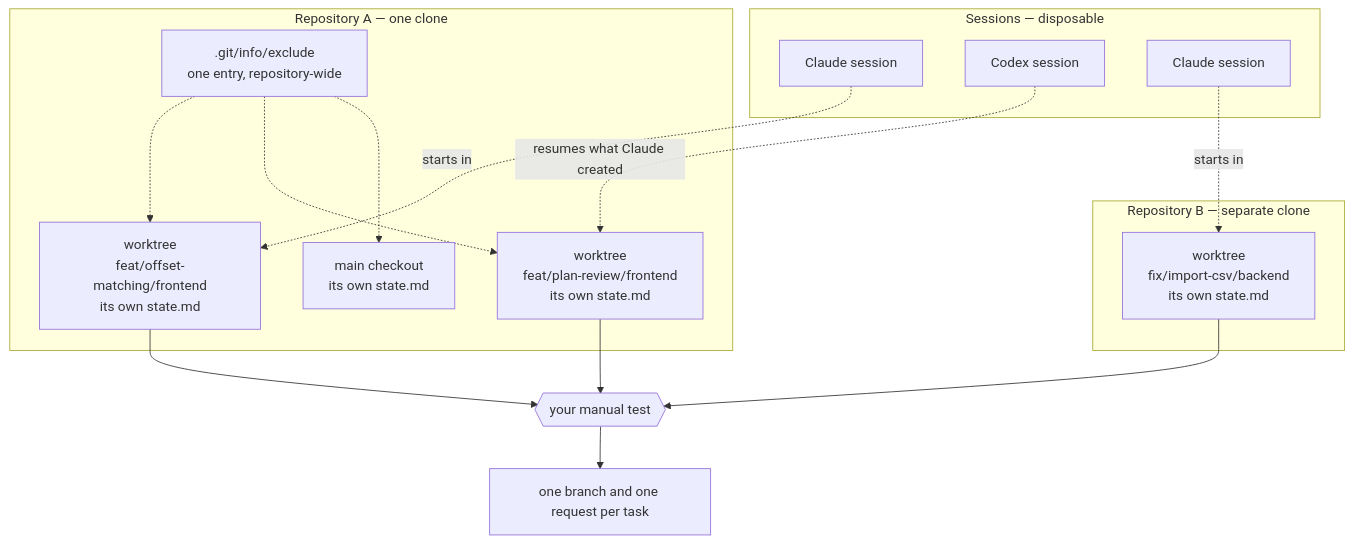
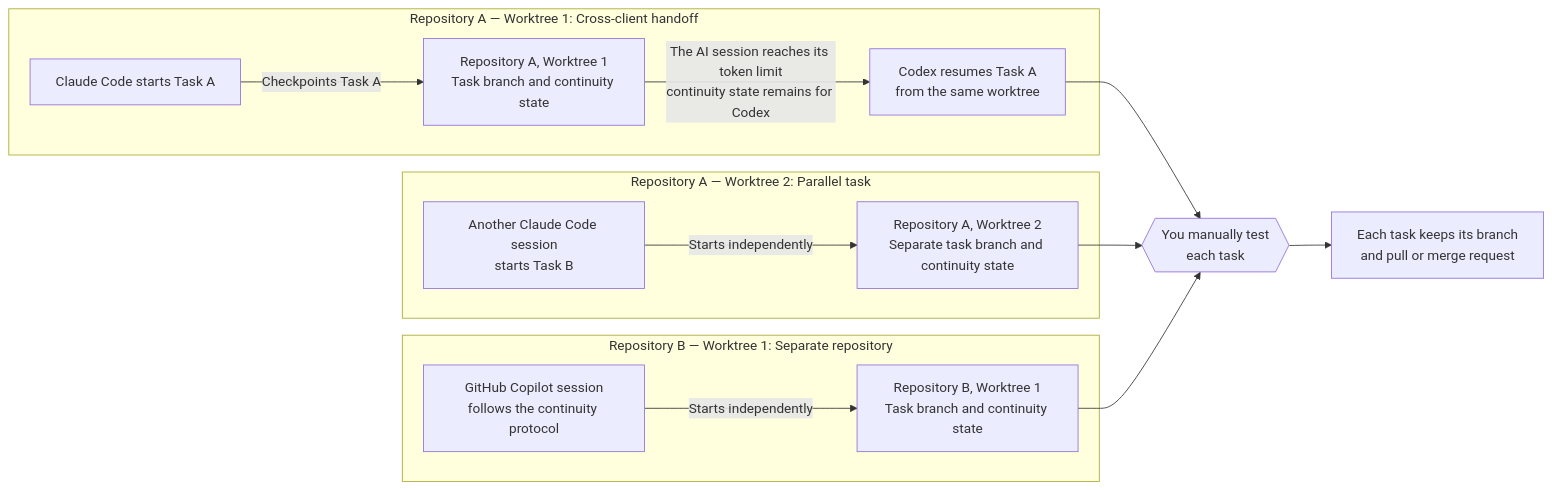
Before and after one commit to sherrilla71940/dotfiles: the third of 3 diagrams in README.md, drawn with Mermaid. The commit also changed other lines of this file and 1 other file, not shown here.

````diff
--- a/README.md
+++ b/README.md
@@ -357,35 +287,30 @@
 ```mermaid
-flowchart TB
-    subgraph live["Sessions — disposable"]
-        s1["Claude session"]
-        s2["Codex session"]
-        s3["Claude session"]
+flowchart LR
+    subgraph taskA["Repository A — Worktree 1: Cross-client handoff"]
+        claudeA["Claude Code starts Task A"]
+        workA["Repository A, Worktree 1<br/>Task branch and continuity state"]
+        codexA["Codex resumes Task A<br/>from the same worktree"]
+        claudeA -->|"Checkpoints Task A"| workA
+        workA -->|"The AI session reaches its token limit<br/>continuity state remains for Codex"| codexA
     end
 
-    subgraph repoA["Repository A — one clone"]
-        wa1["worktree<br/>feat/offset-matching/frontend<br/>its own state.md"]
-        wa2["worktree<br/>feat/plan-review/frontend<br/>its own state.md"]
-        ma["main checkout<br/>its own state.md"]
-        ex[".git/info/exclude<br/>one entry, repository-wide"]
+    subgraph taskB["Repository A — Worktree 2: Parallel task"]
+        claudeB["Another Claude Code session<br/>starts Task B"]
+        workB["Repository A, Worktree 2<br/>Separate task branch and continuity state"]
+        claudeB -->|"Starts independently"| workB
     end
 
-    subgraph repoB["Repository B — separate clone"]
-        wb1["worktree<br/>fix/import-csv/backend<br/>its own state.md"]
+    subgraph taskC["Repository B — Worktree 1: Separate repository"]
+        copilotC["GitHub Copilot session<br/>follows the continuity protocol"]
+        workC["Repository B, Worktree 1<br/>Task branch and continuity state"]
+        copilotC -->|"Starts independently"| workC
     end
 
-    s1 -.->|"starts in"| wa1
-    s2 -.->|"resumes what Claude created"| wa2
-    s3 -.->|"starts in"| wb1
+    gate{{"You manually test<br/>each task"}}
+    out["Each task keeps its branch<br/>and pull or merge request"]
 
-    ex -.-> wa1
-    ex -.-> wa2
-    ex -.-> ma
-
-    gate{{"your manual test"}}
-    out["one branch and one request per task"]
-
-    wa1 --> gate
-    wa2 --> gate
-    wb1 --> gate
+    codexA --> gate
+    workB --> gate
+    workC --> gate
     gate --> out
 ```
````
